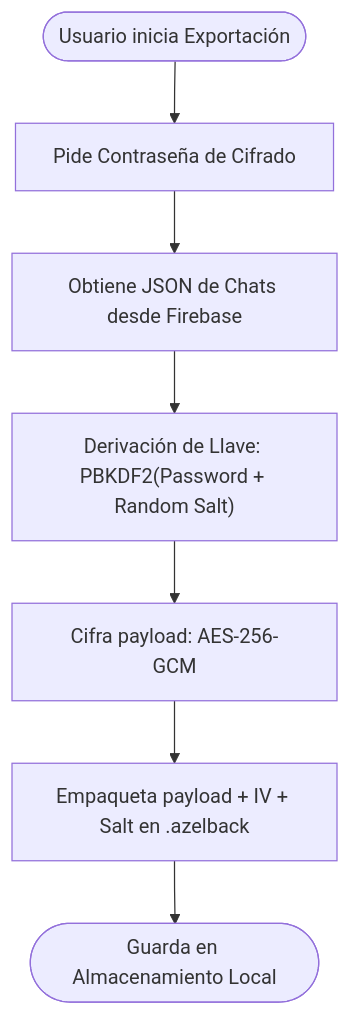
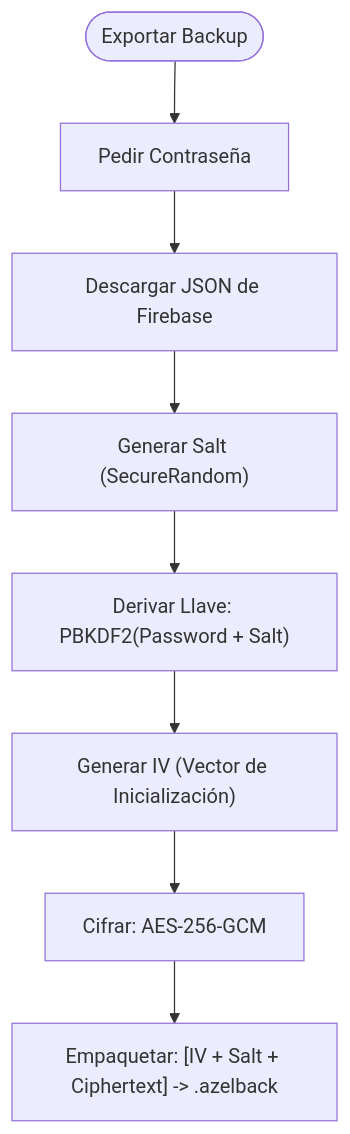
The third of 3 diagrams in README.md (Azelmods677/NexusChat), drawn with Mermaid before and after one commit. The commit also changed other lines of this file, not shown here.

Commit message:
docs: Enterprise overhaul of README with deep architectural insights

````diff
--- a/README.md
+++ b/README.md
@@ -137,9 +150,10 @@
 ```mermaid
 flowchart TD
-    Init(["Usuario inicia Exportación"]) --> Prompt["Pide Contraseña de Cifrado"]
-    Prompt --> Fetch["Obtiene JSON de Chats desde Firebase"]
-    Fetch --> KDF["Derivación de Llave: PBKDF2(Password + Random Salt)"]
-    KDF --> Encrypt["Cifra payload: AES-256-GCM"]
-    Encrypt --> Package["Empaqueta payload + IV + Salt en .azelback"]
-    Package --> Save(["Guarda en Almacenamiento Local"])
+    Init(["Exportar Backup"]) --> AskPass["Pedir Contraseña"]
+    AskPass --> Fetch["Descargar JSON de Firebase"]
+    Fetch --> Salt["Generar Salt (SecureRandom)"]
+    Salt --> PBKDF2["Derivar Llave: PBKDF2(Password + Salt)"]
+    PBKDF2 --> IV["Generar IV (Vector de Inicialización)"]
+    IV --> AES["Cifrar: AES-256-GCM"]
+    AES --> File["Empaquetar: [IV + Salt + Ciphertext] -> .azelback"]
 ```
````
